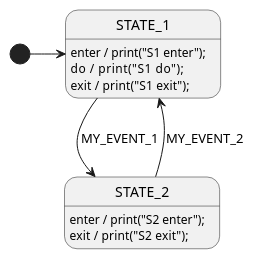
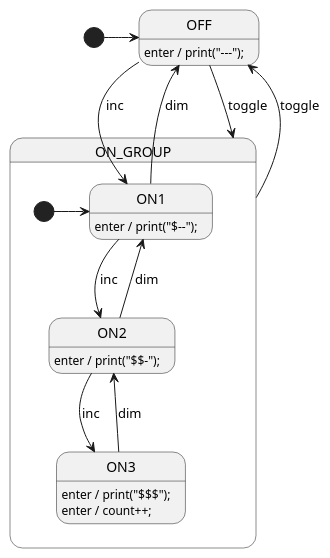
The diagram in src/StateSmith.Cli/Create/Templates/plantuml-simple-1/diagram.plantuml (StateSmith/StateSmith), drawn with PlantUML before and after one commit.

Commit message:
cli - update plantuml template

```diff
--- a/src/StateSmith.Cli/Create/Templates/plantuml-simple-1/diagram.plantuml
+++ b/src/StateSmith.Cli/Create/Templates/plantuml-simple-1/diagram.plantuml
@@ -1,36 +1,61 @@
 @startuml {{smName}}
 
-/' More info: https://github.com/StateSmith/StateSmith/wiki/PlantUML '/
-
 /'
-  The below events and handlers are just a sample to show what the syntax can look like.
-  You should replace them with your own.
+  This diagram is just a sample to show what the syntax can look like.
   
   We don't yet generate fully working examples for every supported language.
   This starting template is language agnostic.
 '/
 
-state STATE_1 {
-  STATE_1 : enter / print("S1 enter");
-  STATE_1 : do    / print("S1 do");
-  STATE_1 : exit  / print("S1 exit");
+
+'//////////////////// STATE ORGANIZATION ////////////////////
+' Note: StateSmith treats state names and events as case insensitive.
+' More info: https://github.com/StateSmith/StateSmith/wiki/PlantUML
+
+[*] -> OFF
+
+state ON_GROUP {
+    [*] -> ON1
+    state ON1
+    state ON2
+    state ON3
 }
 
-state STATE_2 {
-  STATE_2 : enter / print("S2 enter");
-  STATE_2 : exit  / print("S2 exit");
-}
 
-[*] -> STATE_1
-STATE_1 --> STATE_2 : MY_EVENT_1
-STATE_2 --> STATE_1 : MY_EVENT_2
+'//////////////////// STATE HANDLERS ////////////////////
+
+'OFF
+OFF: enter / print("---");
+OFF --> ON1 : inc
+OFF --> ON_GROUP: toggle
+
+'ON_GROUP
+ON_GROUP --> OFF: toggle
+
+'ON1
+ON1: enter / print("$--");
+ON1 --> ON2 : inc
+ON1 --> OFF : dim
+
+'ON2
+ON2: enter / print("$$-");
+ON2 --> ON3 : inc
+ON2 --> ON1 : dim
+
+'ON3
+ON3: enter / print("$$$");
+ON3: enter / count++;
+ON3 --> ON2 : dim
+
+
 
 '######################## StateSmith config ########################
 ' The below special comment block sets the StateSmith configuration.
 ' More info: https://github.com/StateSmith/StateSmith/issues/335
+' Feel free to remove or modify it as needed.
 
 /'! $CONFIG : toml
 {{configToml}}
 '/
 
 @enduml
```
